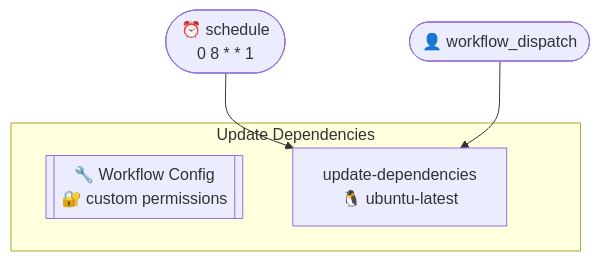
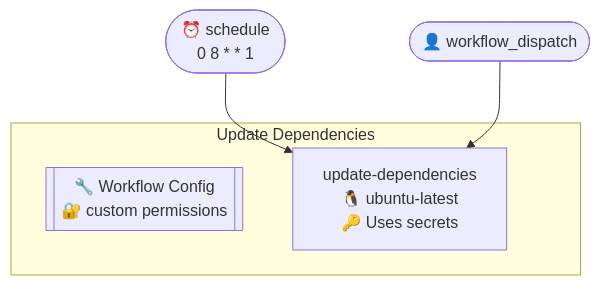
The first of 2 diagrams in .github/typeflows/update-dependencies/README.md (http4k/http4k), drawn with Mermaid before and after one commit. The commit also changed other lines of this file and 5 other files, not shown here.

````diff
--- a/.github/typeflows/update-dependencies/README.md
+++ b/.github/typeflows/update-dependencies/README.md
@@ -3,12 +3,12 @@
 ```mermaid
 %%{init: {"flowchart": {"curve": "basis"}}}%%
 flowchart TD
     schedule(["⏰ schedule<br/>0 8 * * 1"])
     workflowdispatch(["👤 workflow_dispatch"])
     subgraph updatedependenciesyml["Update Dependencies"]
         updatedependenciesyml_metadata[["🔧 Workflow Config<br/>🔐 custom permissions"]]
-        updatedependenciesyml_updatedependencies["update-dependencies<br/>🐧 ubuntu-latest"]
+        updatedependenciesyml_updatedependencies["update-dependencies<br/>🐧 ubuntu-latest<br/>🔑 Uses secrets"]
     end
     schedule --> updatedependenciesyml_updatedependencies
     workflowdispatch --> updatedependenciesyml_updatedependencies
 ```
````
